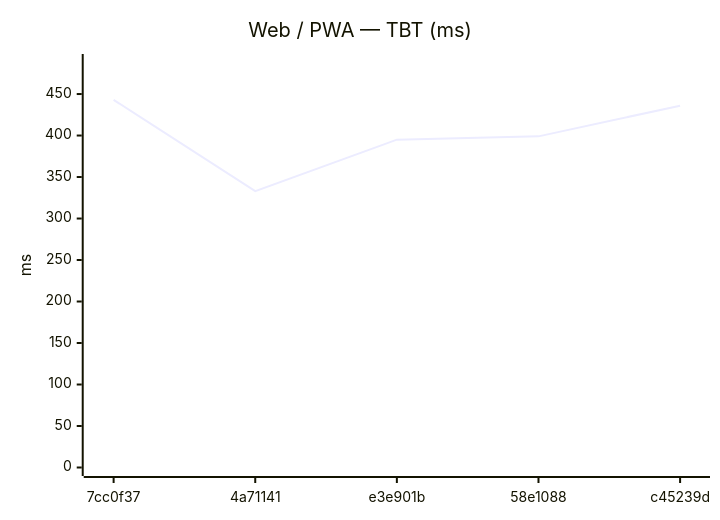
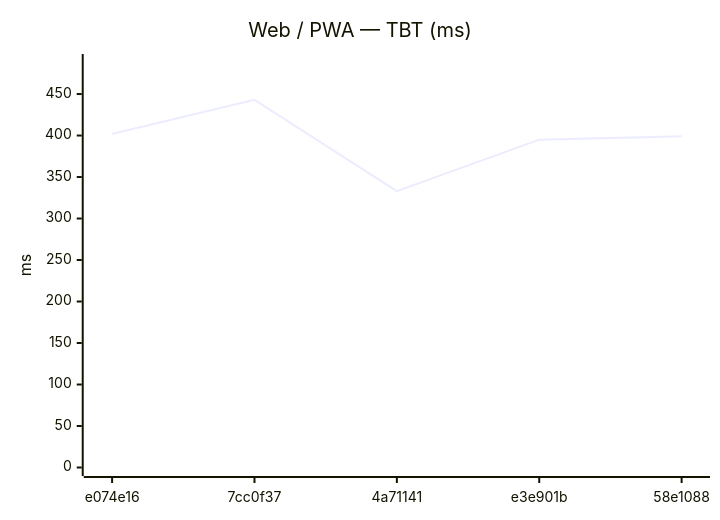
The eighth of 18 diagrams in benchmarks/compare.md (Metaheurist/Rianell), drawn with Mermaid before and after one commit. The commit also changed other lines of this file and 11 other files, not shown here.

````diff
--- a/benchmarks/compare.md
+++ b/benchmarks/compare.md
@@ -124,7 +124,7 @@
 ```mermaid
 xychart-beta
     title "Web / PWA — TBT (ms)"
-    x-axis ["7cc0f37", "4a71141", "e3e901b", "58e1088", "c45239d"]
+    x-axis ["e074e16", "7cc0f37", "4a71141", "e3e901b", "58e1088"]
     y-axis "ms" 0 --> 488
-    line [443, 333, 395, 399, 436]
+    line [402, 443, 333, 395, 399]
 ```
````
